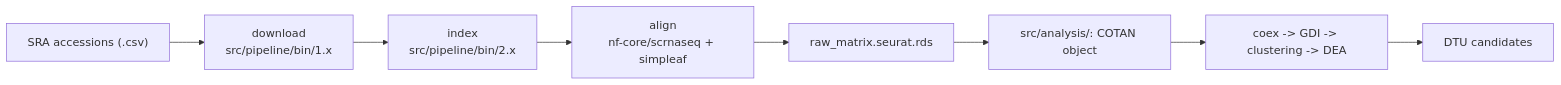
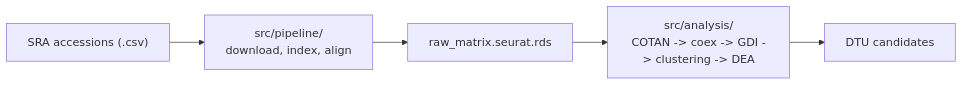
The diagram in README.md (ldelitala/sc-isoform-cotan), drawn with Mermaid before and after one commit. The commit also changed other lines of this file and 28 other files, not shown here.

````diff
--- a/README.md
+++ b/README.md
@@ -26,10 +34,7 @@
 ```mermaid
 graph LR
-  A["SRA accessions (.csv)"] --> B["download<br/>src/pipeline/bin/1.x"]
-  B --> C["index<br/>src/pipeline/bin/2.x"]
-  C --> D["align<br/>nf-core/scrnaseq + simpleaf"]
-  D --> E["raw_matrix.seurat.rds"]
-  E --> H["src/analysis/: COTAN object"]
-  H --> I["coex -> GDI -> clustering -> DEA"]
-  I --> J["DTU candidates"]
+  A["SRA accessions (.csv)"] --> B["src/pipeline/<br/>download, index, align"]
+  B --> C["raw_matrix.seurat.rds"]
+  C --> D["src/analysis/<br/>COTAN -> coex -> GDI -> clustering -> DEA"]
+  D --> E["DTU candidates"]
 ```
````
